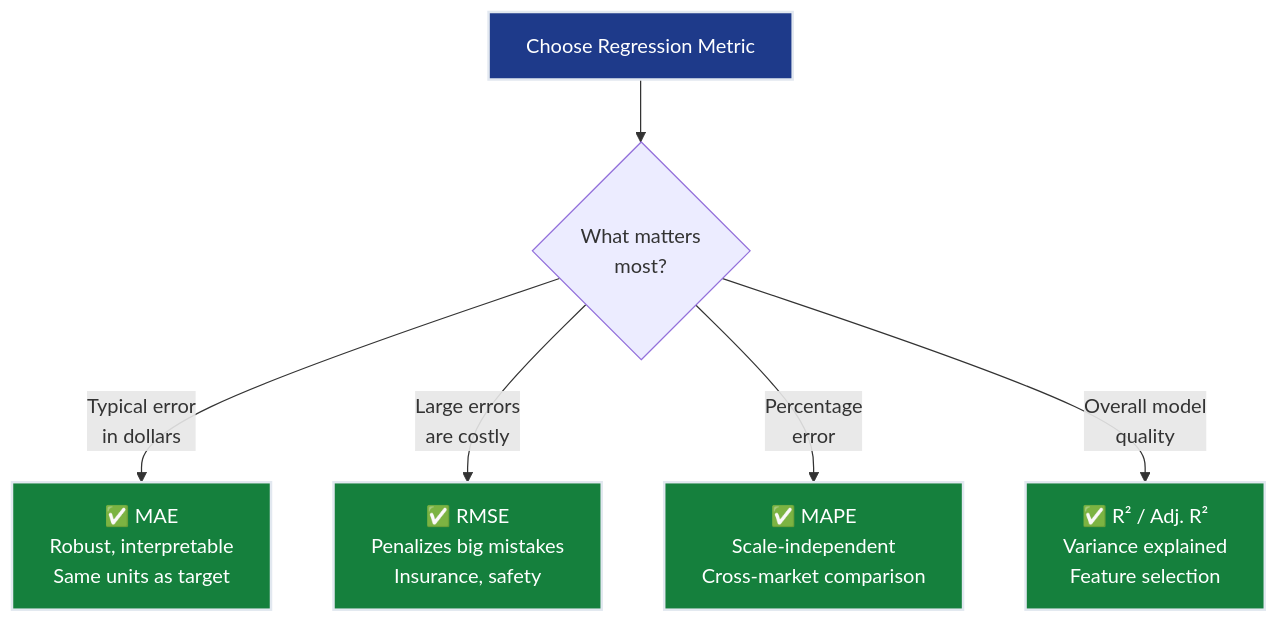
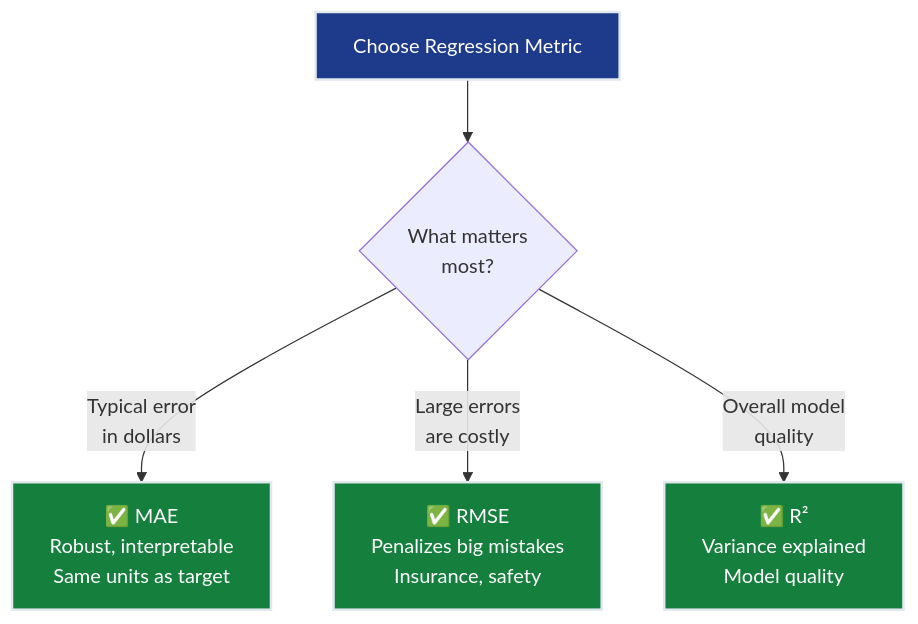
One commit to deepakshamsft/ai-portfolio changed the second of 5 diagrams in notes/ML/01_regression/ch06_metrics/README.md. Above: the diagram before and after it, drawn with Mermaid. The commit also changed other lines of this file and 2 other files, not shown here.

````diff
--- a/notes/ML/01_regression/ch06_metrics/README.md
+++ b/notes/ML/01_regression/ch06_metrics/README.md
@@ -222,15 +196,13 @@
 ```mermaid
 flowchart TD
     START["Choose Regression Metric"] --> Q1{"What matters<br/>most?"}
     
     Q1 -->|"Typical error<br/>in dollars"| MAE["✅ MAE<br/>Robust, interpretable<br/>Same units as target"]
     Q1 -->|"Large errors<br/>are costly"| RMSE["✅ RMSE<br/>Penalizes big mistakes<br/>Insurance, safety"]
-    Q1 -->|"Percentage<br/>error"| MAPE["✅ MAPE<br/>Scale-independent<br/>Cross-market comparison"]
-    Q1 -->|"Overall model<br/>quality"| R2["✅ R² / Adj. R²<br/>Variance explained<br/>Feature selection"]
+    Q1 -->|"Overall model<br/>quality"| R2["✅ R²<br/>Variance explained<br/>Model quality"]
     
     style START fill:#1e3a8a,stroke:#e2e8f0,stroke-width:2px,color:#ffffff
     style MAE fill:#15803d,stroke:#e2e8f0,stroke-width:2px,color:#ffffff
     style RMSE fill:#15803d,stroke:#e2e8f0,stroke-width:2px,color:#ffffff
-    style MAPE fill:#15803d,stroke:#e2e8f0,stroke-width:2px,color:#ffffff
     style R2 fill:#15803d,stroke:#e2e8f0,stroke-width:2px,color:#ffffff
 ```
````
